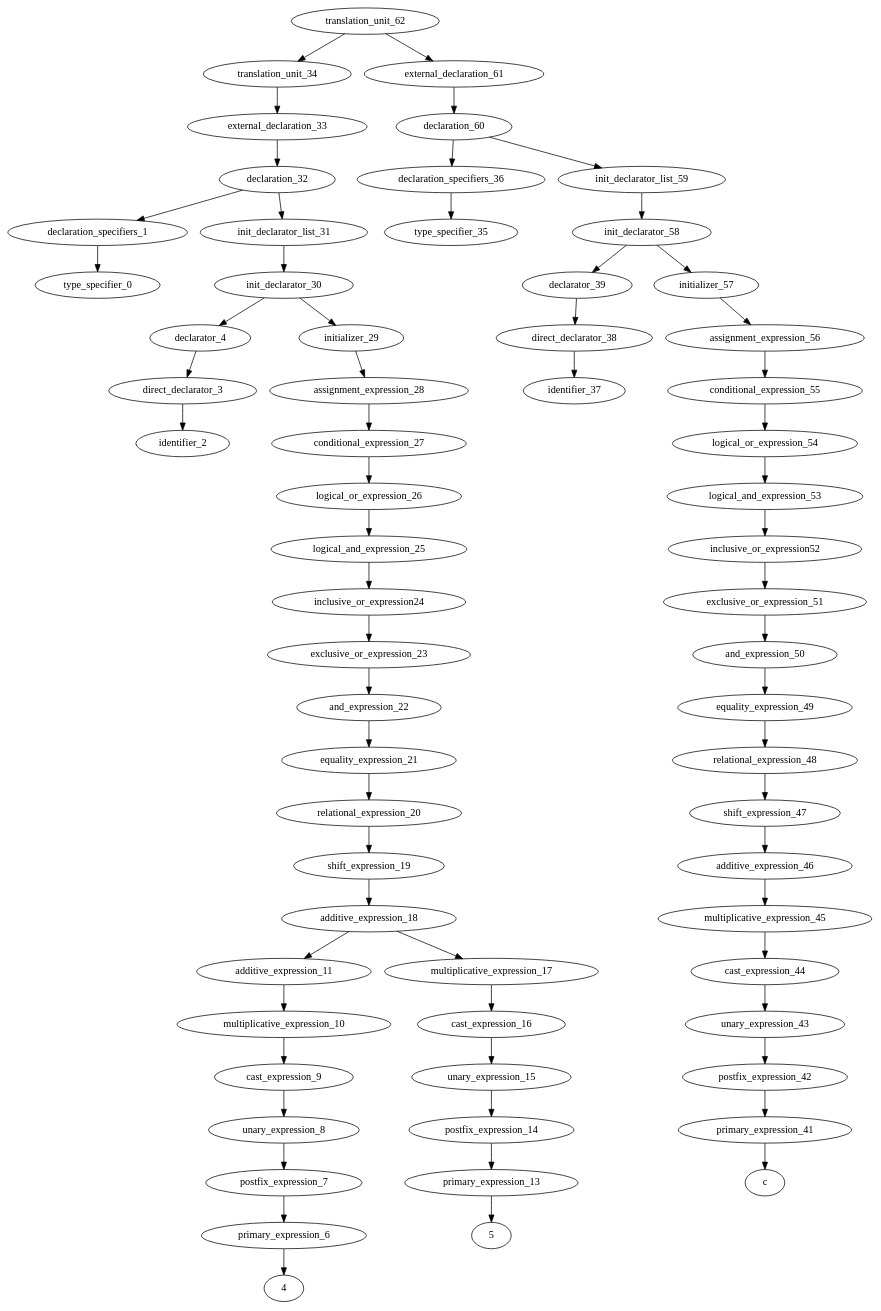
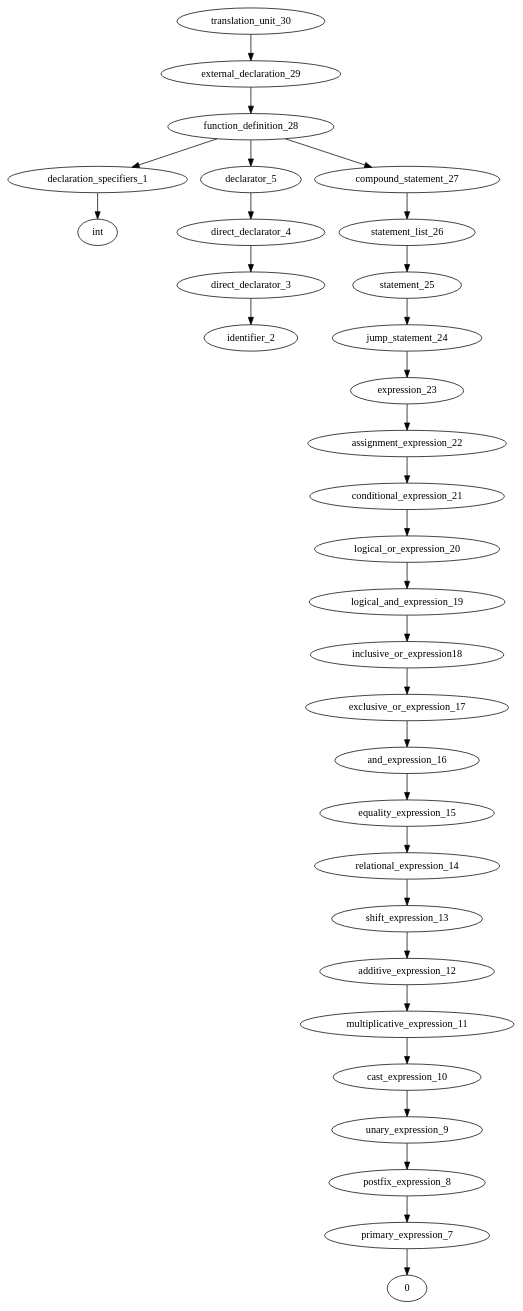
Before and after one commit to ahpalmerUNR/c_compiler: the diagram in graphs/default.gv, drawn with Graphviz. The commit also changed 8 other files, not shown here.

```diff
--- a/graphs/default.gv
+++ b/graphs/default.gv
@@ -1,67 +1,34 @@
 digraph AST {
-	translation_unit_62 -> translation_unit_34;
-	translation_unit_34 -> external_declaration_33;
-	external_declaration_33 -> declaration_32;
-	declaration_32 -> declaration_specifiers_1;
+	translation_unit_30 -> external_declaration_29;
+	external_declaration_29 -> function_definition_28;
+	function_definition_28 -> declaration_specifiers_1;
 	declaration_specifiers_1 -> type_specifier_0;
-	declaration_32 -> init_declarator_list_31;
-	init_declarator_list_31 -> init_declarator_30;
-	init_declarator_30 -> declarator_4;
-	declarator_4 -> direct_declarator_3;
+	type_specifier_0 [label="int"]
+	function_definition_28 -> declarator_5;
+	declarator_5 -> direct_declarator_4;
+	direct_declarator_4 -> direct_declarator_3;
 	direct_declarator_3 -> identifier_2;
-	init_declarator_30 -> initializer_29;
-	initializer_29 -> assignment_expression_28;
-	assignment_expression_28 -> conditional_expression_27;
-	conditional_expression_27 -> logical_or_expression_26;
-	logical_or_expression_26 -> logical_and_expression_25;
-	logical_and_expression_25 -> inclusive_or_expression24;
-	inclusive_or_expression24 -> exclusive_or_expression_23;
-	exclusive_or_expression_23 -> and_expression_22;
-	and_expression_22 -> equality_expression_21;
-	equality_expression_21 -> relational_expression_20;
-	relational_expression_20 -> shift_expression_19;
-	shift_expression_19 -> additive_expression_18;
-	additive_expression_18 -> additive_expression_11;
-	additive_expression_11 -> multiplicative_expression_10;
-	multiplicative_expression_10 -> cast_expression_9;
-	cast_expression_9 -> unary_expression_8;
-	unary_expression_8 -> postfix_expression_7;
-	postfix_expression_7 -> primary_expression_6;
-	primary_expression_6 -> constant_5;
-	constant_5 [label="4"]
-	additive_expression_18 -> multiplicative_expression_17;
-	multiplicative_expression_17 -> cast_expression_16;
-	cast_expression_16 -> unary_expression_15;
-	unary_expression_15 -> postfix_expression_14;
-	postfix_expression_14 -> primary_expression_13;
-	primary_expression_13 -> constant_12;
-	constant_12 [label="5"]
-	translation_unit_62 -> external_declaration_61;
-	external_declaration_61 -> declaration_60;
-	declaration_60 -> declaration_specifiers_36;
-	declaration_specifiers_36 -> type_specifier_35;
-	declaration_60 -> init_declarator_list_59;
-	init_declarator_list_59 -> init_declarator_58;
-	init_declarator_58 -> declarator_39;
-	declarator_39 -> direct_declarator_38;
-	direct_declarator_38 -> identifier_37;
-	init_declarator_58 -> initializer_57;
-	initializer_57 -> assignment_expression_56;
-	assignment_expression_56 -> conditional_expression_55;
-	conditional_expression_55 -> logical_or_expression_54;
-	logical_or_expression_54 -> logical_and_expression_53;
-	logical_and_expression_53 -> inclusive_or_expression52;
-	inclusive_or_expression52 -> exclusive_or_expression_51;
-	exclusive_or_expression_51 -> and_expression_50;
-	and_expression_50 -> equality_expression_49;
-	equality_expression_49 -> relational_expression_48;
-	relational_expression_48 -> shift_expression_47;
-	shift_expression_47 -> additive_expression_46;
-	additive_expression_46 -> multiplicative_expression_45;
-	multiplicative_expression_45 -> cast_expression_44;
-	cast_expression_44 -> unary_expression_43;
-	unary_expression_43 -> postfix_expression_42;
-	postfix_expression_42 -> primary_expression_41;
-	primary_expression_41 -> constant_40;
-	constant_40 [label="c"]
+	function_definition_28 -> compound_statement_27;
+	compound_statement_27 -> statement_list_26;
+	statement_list_26 -> statement_25;
+	statement_25 -> jump_statement_24;
+	jump_statement_24 -> expression_23;
+	expression_23 -> assignment_expression_22;
+	assignment_expression_22 -> conditional_expression_21;
+	conditional_expression_21 -> logical_or_expression_20;
+	logical_or_expression_20 -> logical_and_expression_19;
+	logical_and_expression_19 -> inclusive_or_expression18;
+	inclusive_or_expression18 -> exclusive_or_expression_17;
+	exclusive_or_expression_17 -> and_expression_16;
+	and_expression_16 -> equality_expression_15;
+	equality_expression_15 -> relational_expression_14;
+	relational_expression_14 -> shift_expression_13;
+	shift_expression_13 -> additive_expression_12;
+	additive_expression_12 -> multiplicative_expression_11;
+	multiplicative_expression_11 -> cast_expression_10;
+	cast_expression_10 -> unary_expression_9;
+	unary_expression_9 -> postfix_expression_8;
+	postfix_expression_8 -> primary_expression_7;
+	primary_expression_7 -> constant_6;
+	constant_6 [label="0"]
 }
```
